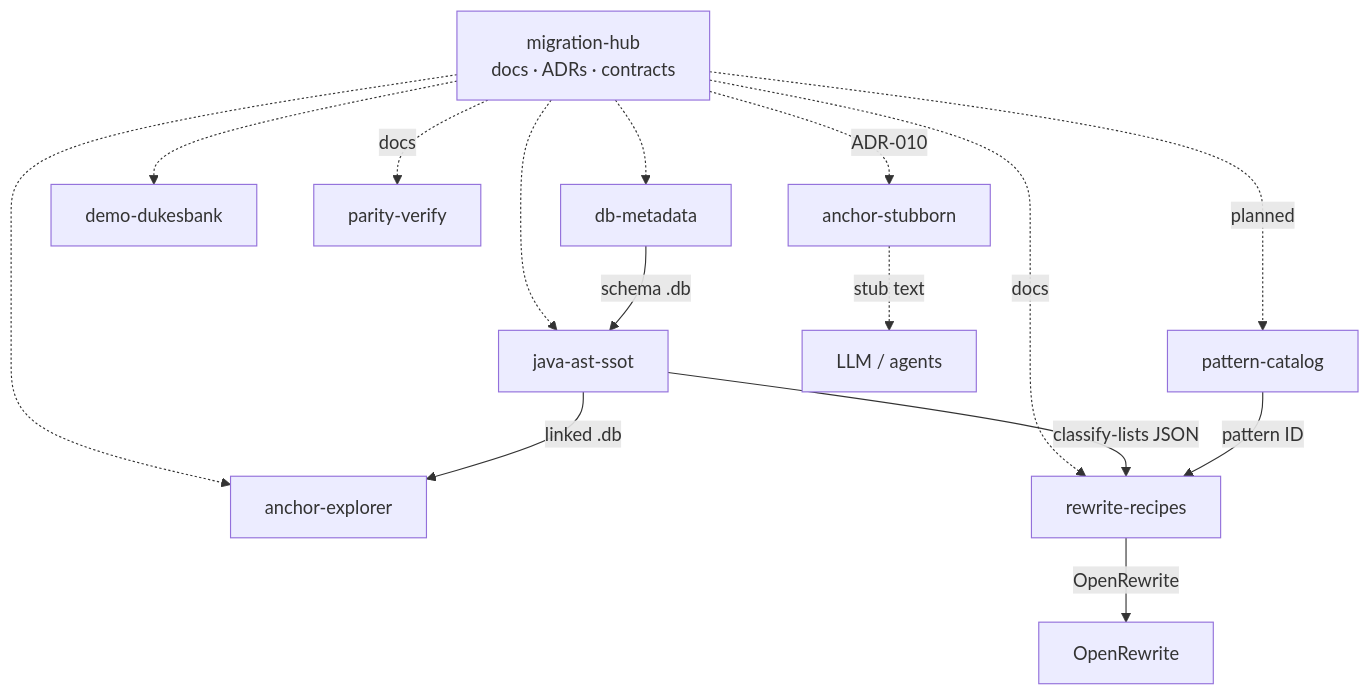
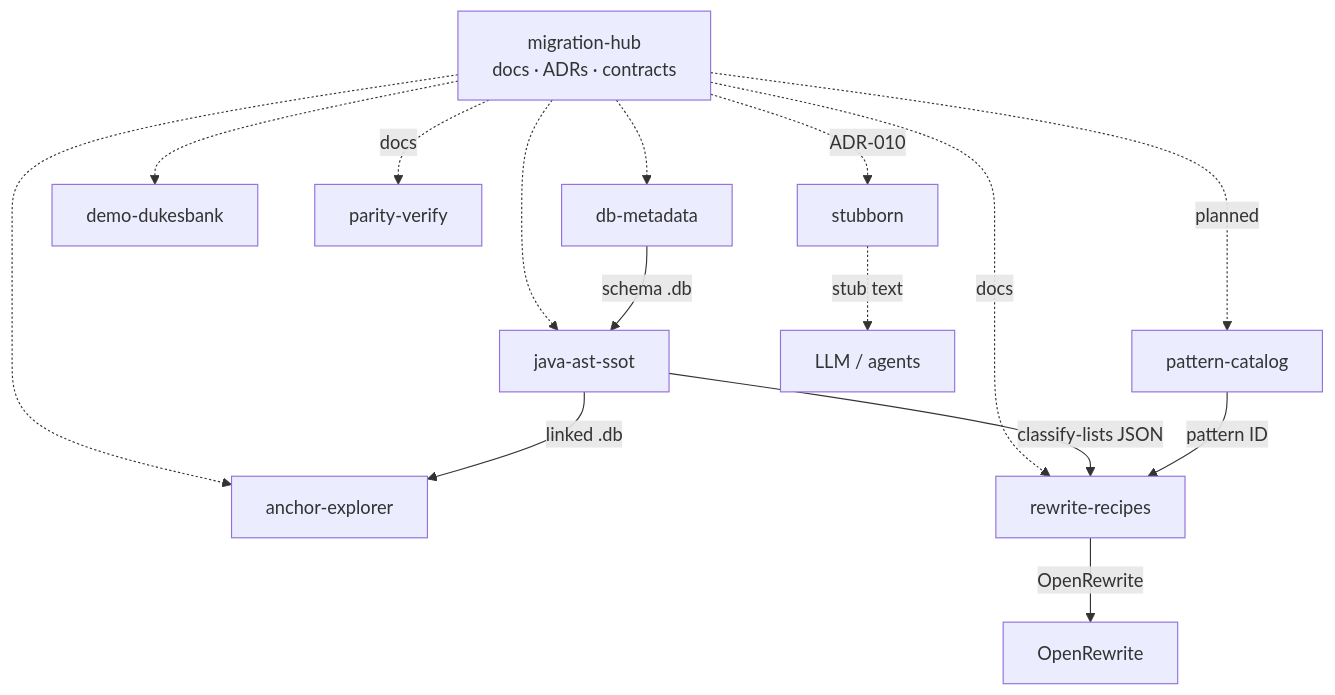
Before and after one commit to anchor-migration/migration-hub: the third of 5 diagrams in docs/ARCHITECTURE.md, drawn with Mermaid. The commit also changed other lines of this file and 8 other files, not shown here.

````diff
--- a/docs/ARCHITECTURE.md
+++ b/docs/ARCHITECTURE.md
@@ -123,31 +123,31 @@
 ```mermaid
 flowchart TB
   HUB["migration-hub<br/>docs · ADRs · contracts"]
 
   HUB -.-> DM
   HUB -.-> JA
   HUB -.-> AE
   HUB -.-> DEMO
 
   DM[db-metadata]
   JA[java-ast-ssot]
   AE[anchor-explorer]
   DEMO[demo-dukesbank]
 
   RR[rewrite-recipes]
   PV[parity-verify]
   PC[pattern-catalog]
-  AS[anchor-stubborn]
+  AS[stubborn]
 
   HUB -.->|"docs"| RR
   HUB -.->|"docs"| PV
   HUB -.->|"ADR-010"| AS
   HUB -.->|"planned"| PC
 
   DM -->|"schema .db"| JA
   JA -->|"linked .db"| AE
   JA -->|"classify-lists JSON"| RR
   RR -->|"OpenRewrite"| ORW[OpenRewrite]
   PC -->|"pattern ID"| RR
   AS -.->|"stub text"| LLM[LLM / agents]
 ```
````
